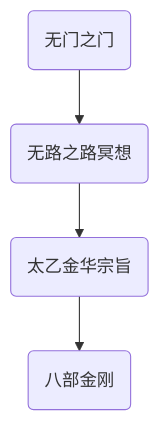
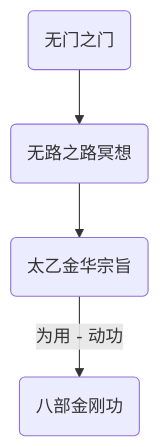
One commit to homeproject7/hugo-blog changed the diagram in content/about/index.md. Above: the diagram before and after it, drawn with Mermaid. The commit also changed other lines of this file, not shown here.

Commit message:
about index update - timeline

````diff
--- a/content/about/index.md
+++ b/content/about/index.md
@@ -14,7 +14,7 @@
 ```mermaid
 flowchart TD
     A(无门之门)-->B(无路之路冥想)
     B-->C(太乙金华宗旨)
-    C-->D(八部金刚)
+    C-->| 为用 - 动功 | D(八部金刚功)
     
 ```
````
